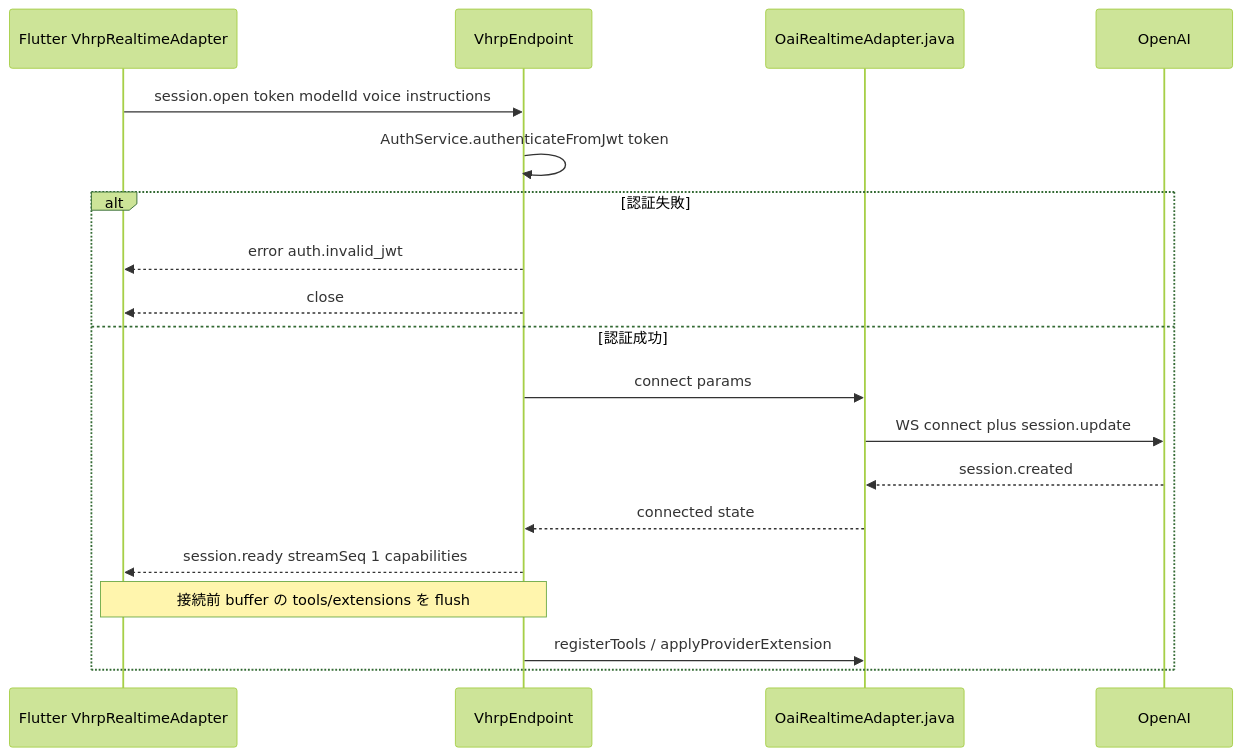
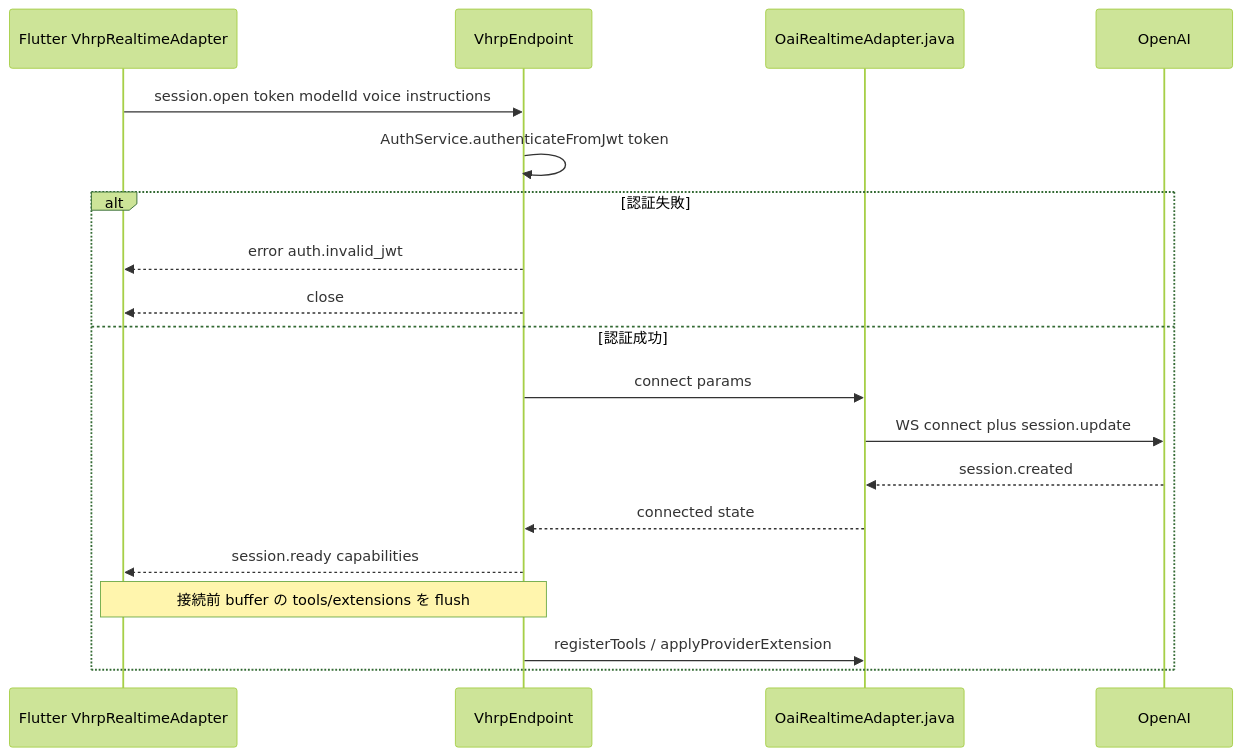
The fourth of 7 diagrams in docs/hosted_realtime/03_quarkus_backend_spec.md (yuki-js/vagina), drawn with Mermaid (forest theme) before and after one commit. The commit also changed other lines of this file and 3 other files, not shown here.

````diff
--- a/docs/hosted_realtime/03_quarkus_backend_spec.md
+++ b/docs/hosted_realtime/03_quarkus_backend_spec.md
@@ -291,22 +290,22 @@
 ```mermaid
 sequenceDiagram
     participant C as Flutter VhrpRealtimeAdapter
     participant E as VhrpEndpoint
     participant A as OaiRealtimeAdapter.java
     participant O as OpenAI
 
     C->>E: session.open token modelId voice instructions
     E->>E: AuthService.authenticateFromJwt token
     alt 認証失敗
         E-->>C: error auth.invalid_jwt
         E-->>C: close
     else 認証成功
         E->>A: connect params
         A->>O: WS connect plus session.update
         O-->>A: session.created
         A-->>E: connected state
-        E-->>C: session.ready streamSeq 1 capabilities
+        E-->>C: session.ready capabilities
         Note over E,C: 接続前 buffer の tools/extensions を flush
         E->>A: registerTools / applyProviderExtension
     end
 ```
````
